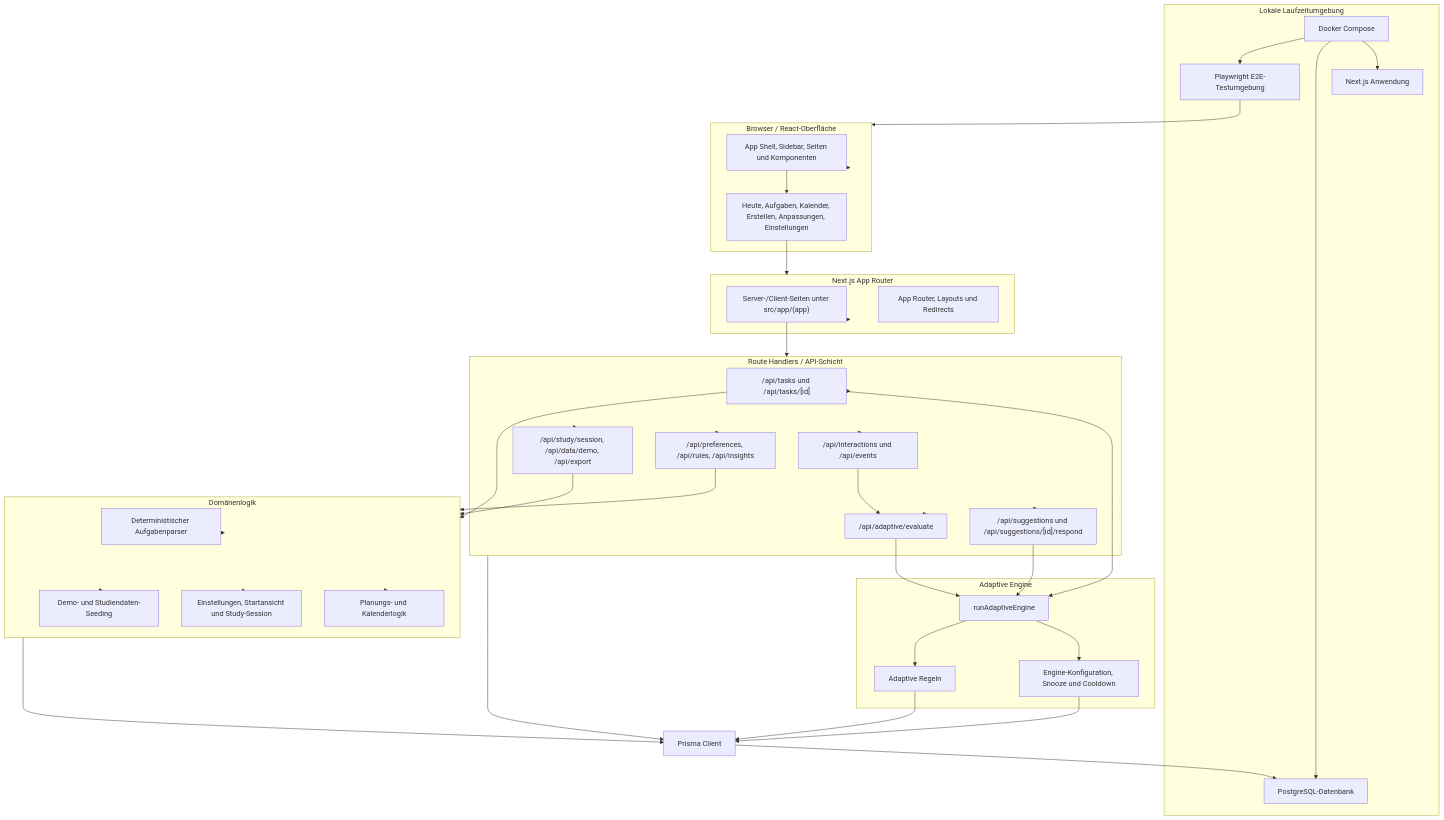
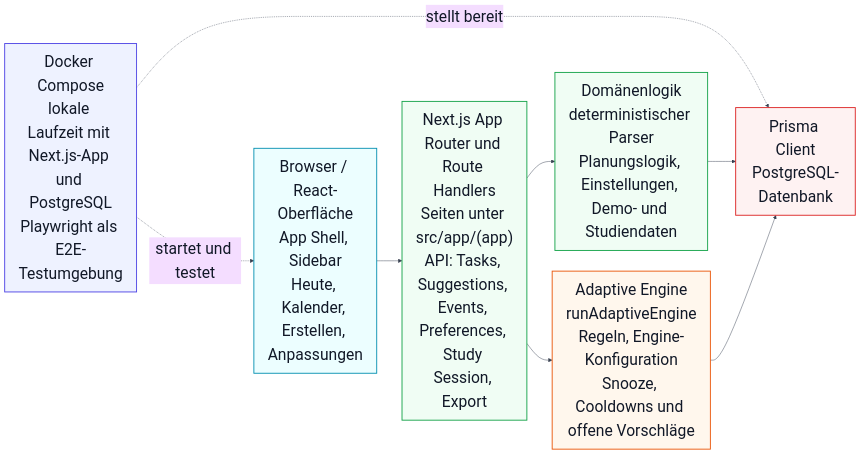
Before and after one commit to disguisedcoder/fluxplan: the diagram in docs/assets/ba/abb03-systemarchitektur-fluxplan.mmd, drawn with Mermaid. The commit also changed 13 other files, not shown here.

```diff
--- a/docs/assets/ba/abb03-systemarchitektur-fluxplan.mmd
+++ b/docs/assets/ba/abb03-systemarchitektur-fluxplan.mmd
@@ -1,74 +1,28 @@
-flowchart TB
-    subgraph Runtime["Lokale Laufzeitumgebung"]
-        Docker["Docker Compose"]
-        App["Next.js Anwendung"]
-        Db["PostgreSQL-Datenbank"]
-        Tests["Playwright E2E-Testumgebung"]
-    end
+%%{init: {"theme": "base", "themeVariables": {"fontSize": "34px", "fontFamily": "Arial", "primaryTextColor": "#111827", "lineColor": "#374151"}, "flowchart": {"htmlLabels": true, "nodeSpacing": 45, "rankSpacing": 55}}}%%
+flowchart LR
+    Runtime["Docker Compose<br/>lokale Laufzeit mit Next.js-App und PostgreSQL<br/>Playwright als E2E-Testumgebung"]
+    Browser["Browser / React-Oberfläche<br/>App Shell, Sidebar<br/>Heute, Kalender, Erstellen, Anpassungen"]
+    NextApi["Next.js App Router und Route Handlers<br/>Seiten unter src/app/(app)<br/>API: Tasks, Suggestions, Events, Preferences, Study Session, Export"]
+    Domain["Domänenlogik<br/>deterministischer Parser<br/>Planungslogik, Einstellungen, Demo- und Studiendaten"]
+    Adaptive["Adaptive Engine<br/>runAdaptiveEngine<br/>Regeln, Engine-Konfiguration<br/>Snooze, Cooldowns und offene Vorschläge"]
+    Data["Prisma Client<br/>PostgreSQL-Datenbank"]
 
-    subgraph Browser["Browser / React-Oberfläche"]
-        UI["App Shell, Sidebar, Seiten und Komponenten"]
-        Screens["Heute, Aufgaben, Kalender, Erstellen, Anpassungen, Einstellungen"]
-    end
+    Runtime -. startet und testet .-> Browser
+    Runtime -. stellt bereit .-> Data
+    Browser --> NextApi
+    NextApi --> Domain
+    NextApi --> Adaptive
+    Domain --> Data
+    Adaptive --> Data
 
-    subgraph Next["Next.js App Router"]
-        Pages["Server-/Client-Seiten unter src/app/(app)"]
-        Router["App Router, Layouts und Redirects"]
-    end
+    classDef runtime fill:#eef2ff,stroke:#4f46e5,stroke-width:2px,color:#111827;
+    classDef ui fill:#ecfeff,stroke:#0891b2,stroke-width:2px,color:#111827;
+    classDef server fill:#f0fdf4,stroke:#16a34a,stroke-width:2px,color:#111827;
+    classDef adaptive fill:#fff7ed,stroke:#ea580c,stroke-width:2px,color:#111827;
+    classDef data fill:#fef2f2,stroke:#dc2626,stroke-width:2px,color:#111827;
 
-    subgraph API["Route Handlers / API-Schicht"]
-        TasksApi["/api/tasks und /api/tasks/[id]"]
-        SuggestionsApi["/api/suggestions und /api/suggestions/[id]/respond"]
-        AdaptiveApi["/api/adaptive/evaluate"]
-        LoggingApi["/api/interactions und /api/events"]
-        PrefApi["/api/preferences, /api/rules, /api/insights"]
-        StudyApi["/api/study/session, /api/data/demo, /api/export"]
-    end
-
-    subgraph Domain["Domänenlogik"]
-        Parser["Deterministischer Aufgabenparser"]
-        Planning["Planungs- und Kalenderlogik"]
-        Settings["Einstellungen, Startansicht und Study-Session"]
-        Demo["Demo- und Studiendaten-Seeding"]
-    end
-
-    subgraph Adaptive["Adaptive Engine"]
-        Engine["runAdaptiveEngine"]
-        Rules["Adaptive Regeln"]
-        Config["Engine-Konfiguration, Snooze und Cooldown"]
-    end
-
-    Prisma["Prisma Client"]
-
-    Docker --> App
-    Docker --> Db
-    Docker --> Tests
-    Tests --> Browser
-    Browser --> UI --> Screens
-    Screens --> Next
-    Next --> Pages
-    Pages --> API
-    API --> TasksApi
-    API --> SuggestionsApi
-    API --> AdaptiveApi
-    API --> LoggingApi
-    API --> PrefApi
-    API --> StudyApi
-    TasksApi --> Domain
-    StudyApi --> Domain
-    PrefApi --> Domain
-    LoggingApi --> AdaptiveApi
-    TasksApi --> Engine
-    AdaptiveApi --> Engine
-    SuggestionsApi --> Engine
-    Domain --> Parser
-    Domain --> Planning
-    Domain --> Settings
-    Domain --> Demo
-    Engine --> Config
-    Engine --> Rules
-    Rules --> Prisma
-    Config --> Prisma
-    Domain --> Prisma
-    API --> Prisma
-    Prisma --> Db
+    class Runtime runtime;
+    class Browser ui;
+    class NextApi,Domain server;
+    class Adaptive adaptive;
+    class Data data;
```
